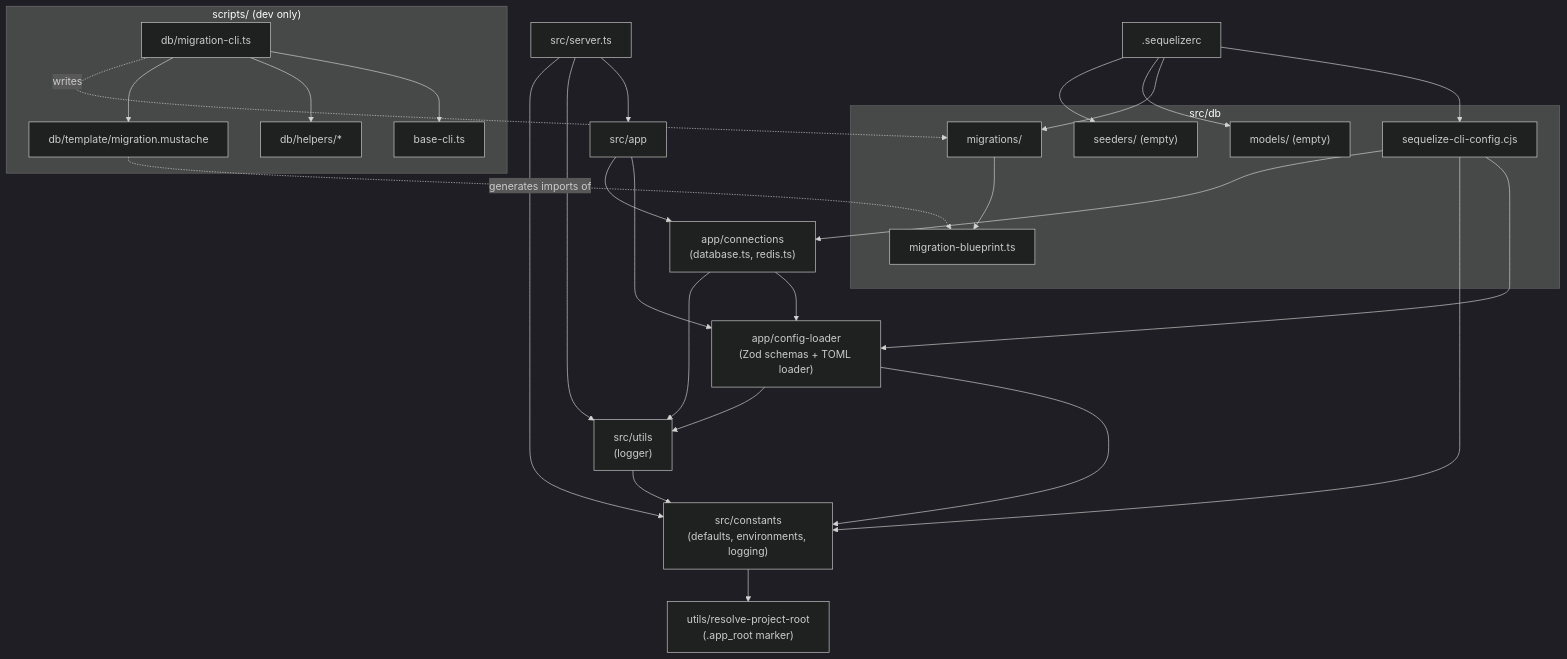
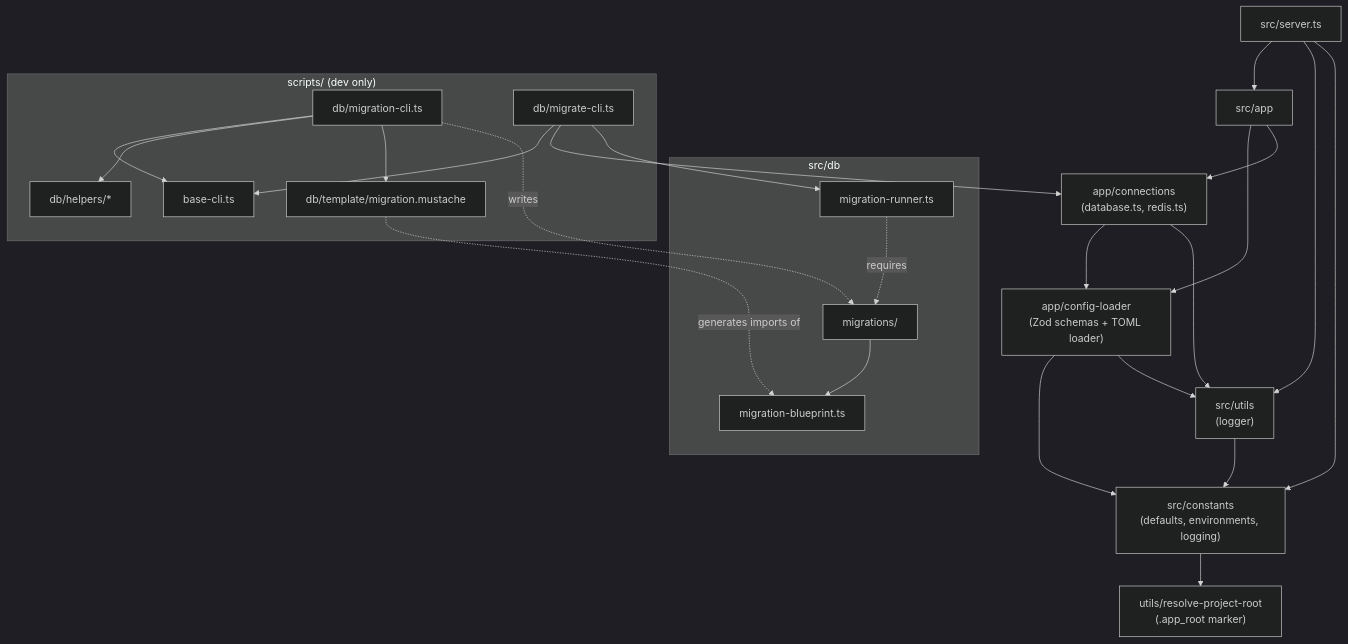
Before and after one commit to akarui2004/funny-project-001: the diagram in docs/architecture/project-structure.md, drawn with Mermaid (dark theme). The commit also changed other lines of this file and 38 other files, not shown here.

````diff
--- a/docs/architecture/project-structure.md
+++ b/docs/architecture/project-structure.md
@@ -25,47 +25,42 @@
 ```mermaid
 flowchart TD
     server["src/server.ts"] --> app["src/app"]
     app --> config["app/config-loader<br/>(Zod schemas + TOML loader)"]
     app --> conn["app/connections<br/>(database.ts, redis.ts)"]
 
     config --> constants["src/constants<br/>(defaults, environments, logging)"]
     conn --> config
     conn --> utils["src/utils<br/>(logger)"]
     server --> utils
     server --> constants
     config --> utils
 
     constants --> root["utils/resolve-project-root<br/>(.app_root marker)"]
     utils --> constants
 
     subgraph db["src/db"]
-        cli["sequelize-cli-config.cjs"]
+        runner["migration-runner.ts"]
         blueprint["migration-blueprint.ts"]
         migrations["migrations/"]
-        models["models/ (empty)"]
-        seeders["seeders/ (empty)"]
     end
 
-    cli --> config
-    cli --> constants
-    cli --> conn
+    runner -. requires .-> migrations
     migrations --> blueprint
 
     subgraph scripts["scripts/ (dev only)"]
         base["base-cli.ts"]
         mig["db/migration-cli.ts"]
+        migrate["db/migrate-cli.ts"]
         helpers["db/helpers/*"]
         tpl["db/template/migration.mustache"]
     end
 
     mig --> base
     mig --> helpers
     mig --> tpl
     tpl -. generates imports of .-> blueprint
     mig -. writes .-> migrations
-
-    rc[".sequelizerc"] --> cli
-    rc --> migrations
-    rc --> models
-    rc --> seeders
+    migrate --> base
+    migrate --> conn
+    migrate --> runner
 ```
````
